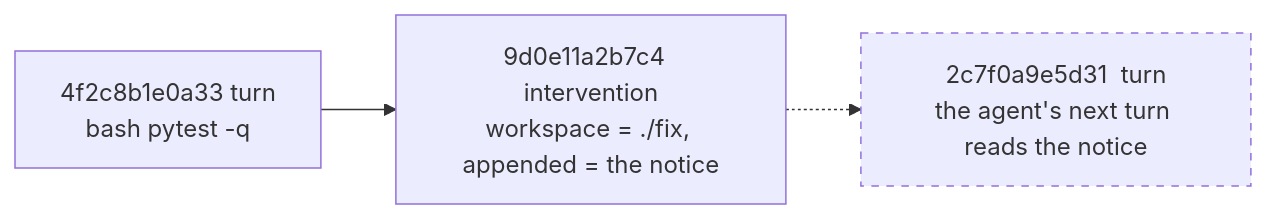
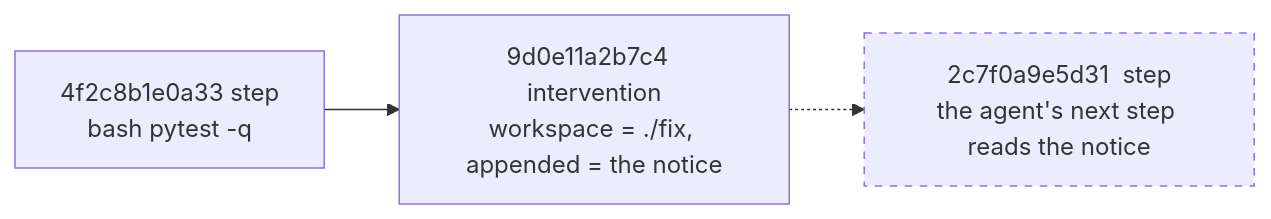
One commit to pku-xht/alaya changed the fifth of 9 diagrams in docs/trajectory-schema.md. Above: the diagram before and after it, drawn with Mermaid. The commit also changed other lines of this file and 48 other files, not shown here.

````diff
--- a/docs/trajectory-schema.md
+++ b/docs/trajectory-schema.md
@@ -262,7 +278,7 @@
 ```mermaid
 flowchart LR
-  t1["4f2c8b1e0a33  turn<br/>bash pytest -q"] --> c["9d0e11a2b7c4  intervention<br/>workspace = ./fix, appended = the notice"]
-  c -.-> t2["2c7f0a9e5d31  turn<br/>the agent's next turn reads the notice"]
+  t1["4f2c8b1e0a33  step<br/>bash pytest -q"] --> c["9d0e11a2b7c4  intervention<br/>workspace = ./fix, appended = the notice"]
+  c -.-> t2["2c7f0a9e5d31  step<br/>the agent's next step reads the notice"]
   classDef new stroke-dasharray: 5 5
   class t2 new
 ```
````
